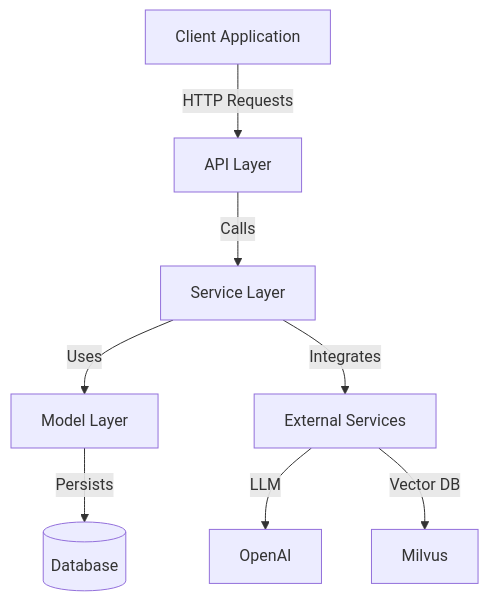
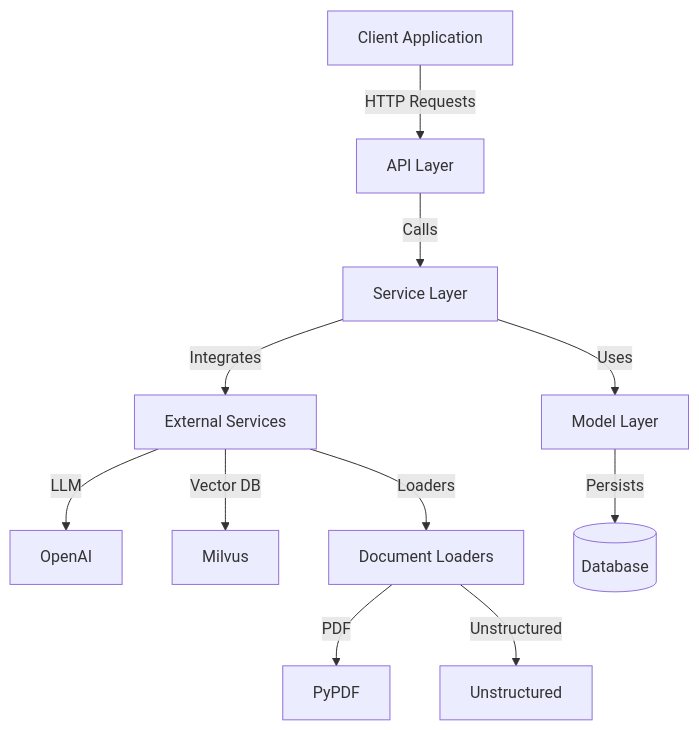
The first of 3 diagrams in backend/docs/architecture.md (whyhow-ai/knowledge-table), drawn with Mermaid before and after one commit. The commit also changed other lines of this file and 7 other files, not shown here.

````diff
--- a/backend/docs/architecture.md
+++ b/backend/docs/architecture.md
@@ -14,10 +14,13 @@
 ```mermaid
 graph TD
     Client[Client Application] -->|HTTP Requests| API[API Layer]
     API -->|Calls| Services[Service Layer]
     Services -->|Uses| Models[Model Layer]
     Services -->|Integrates| Ext[External Services]
     Ext -->|LLM| OpenAI[OpenAI]
     Ext -->|Vector DB| Milvus[Milvus]
+    Ext -->|Loaders| DocLoaders[Document Loaders]
+    DocLoaders -->|PDF| PyPDF[PyPDF]
+    DocLoaders -->|Unstructured| Unstructured[Unstructured]
     Models -->|Persists| DB[(Database)]
 ```
````
